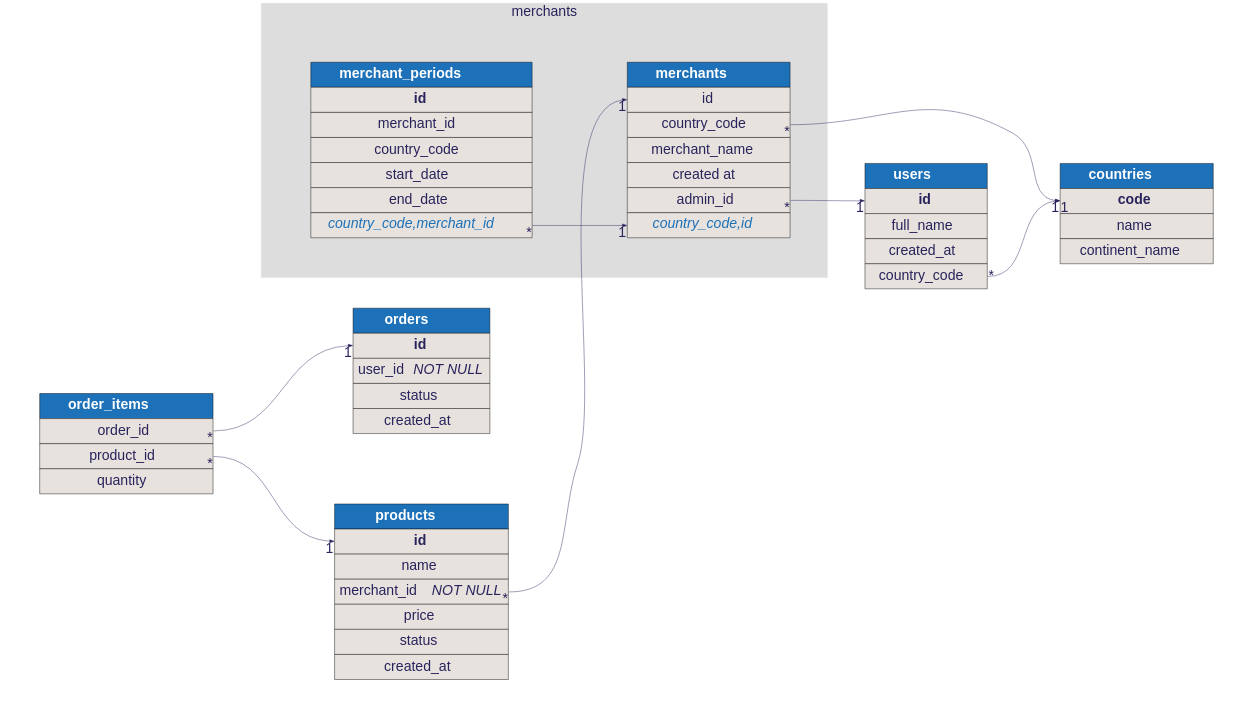
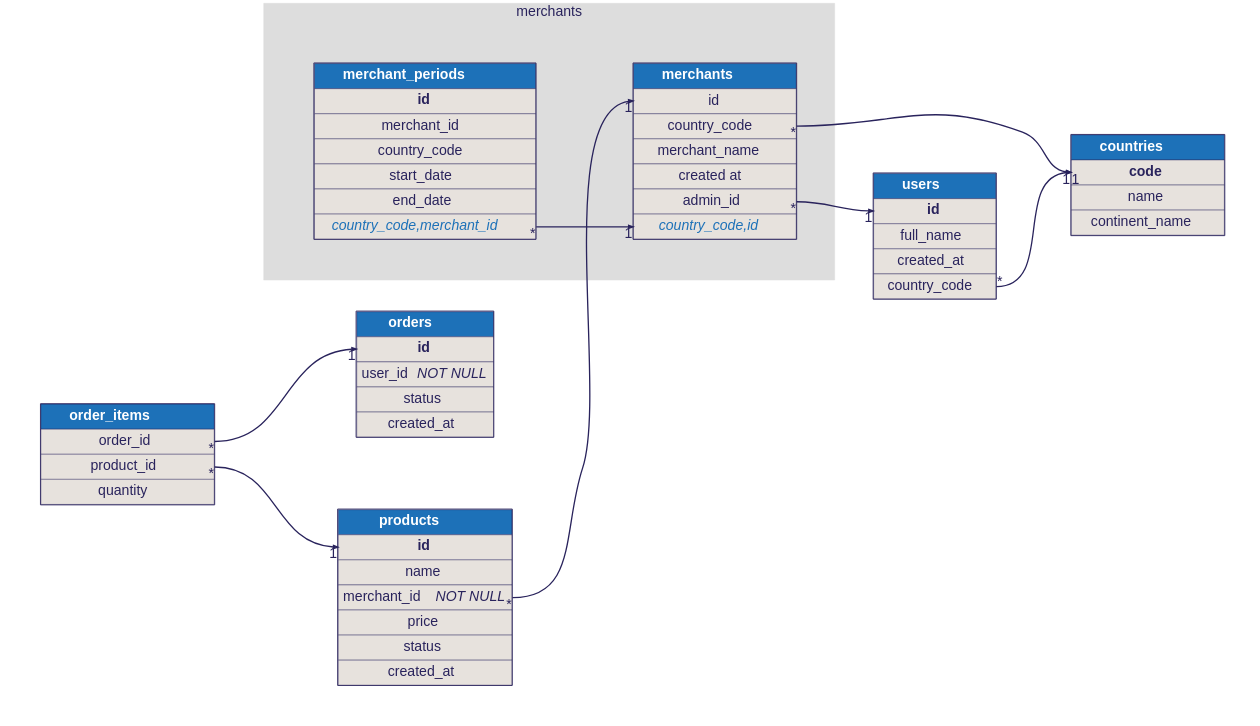
The diagram in examples/merchants.dbml.dot (softwaretechnik-berlin/dbml-renderer), drawn with Graphviz before and after one commit. The commit also changed 12 other files, not shown here.

```diff
--- a/examples/merchants.dbml.dot
+++ b/examples/merchants.dbml.dot
@@ -1,82 +1,89 @@
 digraph dbml {
       rankdir=LR;
       graph [fontname="helvetica", fontsize=32, fontcolor="#29235c", bgcolor="transparent"];
       node [penwidth=0, margin=0, fontname="helvetica", fontsize=32, fontcolor="#29235c"];
       edge [fontname="helvetica", fontsize=32, fontcolor="#29235c", color="#29235c"];
 
       
       subgraph cluster_merchants {
       label = "merchants"
       style=filled;
       color="#dddddd";
 
-      "merchants" [id=merchants;label=<<TABLE BORDER="0" CELLBORDER="1" CELLSPACING="0" CELLPADDING="10" >
+      "merchants" [id=merchants;label=<<TABLE BORDER="2" COLOR="#29235c" CELLBORDER="1" CELLSPACING="0" CELLPADDING="10" >
       <TR><TD PORT="f0" WIDTH="150" BGCOLOR="#1d71b8"><font color="#ffffff"><B>       merchants       </B></font></TD></TR>
 <TR><TD PORT="f1" BGCOLOR="#e7e2dd">id</TD></TR>
 <TR><TD PORT="f2" BGCOLOR="#e7e2dd">country_code</TD></TR>
 <TR><TD PORT="f3" BGCOLOR="#e7e2dd">merchant_name</TD></TR>
 <TR><TD PORT="f4" BGCOLOR="#e7e2dd">created at</TD></TR>
 <TR><TD PORT="f5" BGCOLOR="#e7e2dd">admin_id</TD></TR>
 <TR><TD PORT="f6" BGCOLOR="#e7e2dd"><font color="#1d71b8"><i>country_code,id</i></font></TD></TR>
     </TABLE>>];
-"merchant_periods" [id=merchant_periods;label=<<TABLE BORDER="0" CELLBORDER="1" CELLSPACING="0" CELLPADDING="10" >
+"merchant_periods" [id=merchant_periods;label=<<TABLE BORDER="2" COLOR="#29235c" CELLBORDER="1" CELLSPACING="0" CELLPADDING="10" >
       <TR><TD PORT="f0" WIDTH="150" BGCOLOR="#1d71b8"><font color="#ffffff"><B>       merchant_periods       </B></font></TD></TR>
 <TR><TD PORT="f1" BGCOLOR="#e7e2dd"><b>id</b></TD></TR>
 <TR><TD PORT="f2" BGCOLOR="#e7e2dd">merchant_id</TD></TR>
 <TR><TD PORT="f3" BGCOLOR="#e7e2dd">country_code</TD></TR>
 <TR><TD PORT="f4" BGCOLOR="#e7e2dd">start_date</TD></TR>
 <TR><TD PORT="f5" BGCOLOR="#e7e2dd">end_date</TD></TR>
 <TR><TD PORT="f6" BGCOLOR="#e7e2dd"><font color="#1d71b8"><i>country_code,merchant_id</i></font></TD></TR>
     </TABLE>>];
     }
-      "users" [id=users;label=<<TABLE BORDER="0" CELLBORDER="1" CELLSPACING="0" CELLPADDING="10" >
+      "users" [id=users;label=<<TABLE BORDER="2" COLOR="#29235c" CELLBORDER="1" CELLSPACING="0" CELLPADDING="10" >
       <TR><TD PORT="f0" WIDTH="150" BGCOLOR="#1d71b8"><font color="#ffffff"><B>       users       </B></font></TD></TR>
 <TR><TD PORT="f1" BGCOLOR="#e7e2dd"><b>id</b></TD></TR>
 <TR><TD PORT="f2" BGCOLOR="#e7e2dd">full_name</TD></TR>
 <TR><TD PORT="f3" BGCOLOR="#e7e2dd">created_at</TD></TR>
 <TR><TD PORT="f4" BGCOLOR="#e7e2dd">country_code</TD></TR>
     </TABLE>>];
-"users" [id=users;label=<<TABLE BORDER="0" CELLBORDER="1" CELLSPACING="0" CELLPADDING="10" >
+"users" [id=users;label=<<TABLE BORDER="2" COLOR="#29235c" CELLBORDER="1" CELLSPACING="0" CELLPADDING="10" >
       <TR><TD PORT="f0" WIDTH="150" BGCOLOR="#1d71b8"><font color="#ffffff"><B>       users       </B></font></TD></TR>
 <TR><TD PORT="f1" BGCOLOR="#e7e2dd"><b>id</b></TD></TR>
 <TR><TD PORT="f2" BGCOLOR="#e7e2dd">full_name</TD></TR>
 <TR><TD PORT="f3" BGCOLOR="#e7e2dd">created_at</TD></TR>
 <TR><TD PORT="f4" BGCOLOR="#e7e2dd">country_code</TD></TR>
     </TABLE>>];
-"countries" [id=countries;label=<<TABLE BORDER="0" CELLBORDER="1" CELLSPACING="0" CELLPADDING="10" >
+"countries" [id=countries;label=<<TABLE BORDER="2" COLOR="#29235c" CELLBORDER="1" CELLSPACING="0" CELLPADDING="10" >
       <TR><TD PORT="f0" WIDTH="150" BGCOLOR="#1d71b8"><font color="#ffffff"><B>       countries       </B></font></TD></TR>
 <TR><TD PORT="f1" BGCOLOR="#e7e2dd"><b>code</b></TD></TR>
 <TR><TD PORT="f2" BGCOLOR="#e7e2dd">name</TD></TR>
 <TR><TD PORT="f3" BGCOLOR="#e7e2dd">continent_name</TD></TR>
     </TABLE>>];
-"order_items" [id=order_items;label=<<TABLE BORDER="0" CELLBORDER="1" CELLSPACING="0" CELLPADDING="10" >
+"order_items" [id=order_items;label=<<TABLE BORDER="2" COLOR="#29235c" CELLBORDER="1" CELLSPACING="0" CELLPADDING="10" >
       <TR><TD PORT="f0" WIDTH="150" BGCOLOR="#1d71b8"><font color="#ffffff"><B>       order_items       </B></font></TD></TR>
 <TR><TD PORT="f1" BGCOLOR="#e7e2dd">order_id</TD></TR>
 <TR><TD PORT="f2" BGCOLOR="#e7e2dd">product_id</TD></TR>
 <TR><TD PORT="f3" BGCOLOR="#e7e2dd">quantity</TD></TR>
     </TABLE>>];
-"orders" [id=orders;label=<<TABLE BORDER="0" CELLBORDER="1" CELLSPACING="0" CELLPADDING="10" >
+"orders" [id=orders;label=<<TABLE BORDER="2" COLOR="#29235c" CELLBORDER="1" CELLSPACING="0" CELLPADDING="10" >
       <TR><TD PORT="f0" WIDTH="150" BGCOLOR="#1d71b8"><font color="#ffffff"><B>       orders       </B></font></TD></TR>
 <TR><TD PORT="f1" BGCOLOR="#e7e2dd"><b>id</b></TD></TR>
 <TR><TD PORT="f2" BGCOLOR="#e7e2dd">user_id <i>NOT NULL</i></TD></TR>
 <TR><TD PORT="f3" BGCOLOR="#e7e2dd">status</TD></TR>
 <TR><TD PORT="f4" BGCOLOR="#e7e2dd">created_at</TD></TR>
     </TABLE>>];
-"products" [id=products;label=<<TABLE BORDER="0" CELLBORDER="1" CELLSPACING="0" CELLPADDING="10" >
+"products" [id=products;label=<<TABLE BORDER="2" COLOR="#29235c" CELLBORDER="1" CELLSPACING="0" CELLPADDING="10" >
       <TR><TD PORT="f0" WIDTH="150" BGCOLOR="#1d71b8"><font color="#ffffff"><B>       products       </B></font></TD></TR>
 <TR><TD PORT="f1" BGCOLOR="#e7e2dd"><b>id</b></TD></TR>
 <TR><TD PORT="f2" BGCOLOR="#e7e2dd">name</TD></TR>
 <TR><TD PORT="f3" BGCOLOR="#e7e2dd">merchant_id <i>NOT NULL</i></TD></TR>
 <TR><TD PORT="f4" BGCOLOR="#e7e2dd">price</TD></TR>
 <TR><TD PORT="f5" BGCOLOR="#e7e2dd">status</TD></TR>
 <TR><TD PORT="f6" BGCOLOR="#e7e2dd">created_at</TD></TR>
     </TABLE>>];
     
-      users:f4:e -> countries:f1:w [headlabel="1", taillabel="*", arrowhead="normal", arrowtail="none"]
-merchants:f2:e -> countries:f1:w [headlabel="1", taillabel="*", arrowhead="normal", arrowtail="none"]
-order_items:f2:e -> products:f1:w [headlabel="1", taillabel="*", arrowhead="normal", arrowtail="none"]
-products:f3:e -> merchants:f1:w [headlabel="1", taillabel="*", arrowhead="normal", arrowtail="none"]
-merchant_periods:f6:e -> merchants:f6:w [headlabel="1", taillabel="*", arrowhead="normal", arrowtail="none"]
-order_items:f1:e -> orders:f1:w [headlabel="1", taillabel="*", arrowhead="normal", arrowtail="none"]
-merchants:f5:e -> users:f1:w [headlabel="1", taillabel="*", arrowhead="normal", arrowtail="none"]
+      users:0 -> countries:0 [style=invis, weight=100, color=red]
+    users:f4:e -> countries:f1:w [penwidth=3, color="#29235c", headlabel="1", taillabel="*", arrowhead="normal", arrowtail="none"]
+merchants:0 -> countries:0 [style=invis, weight=100, color=red]
+    merchants:f2:e -> countries:f1:w [penwidth=3, color="#29235c", headlabel="1", taillabel="*", arrowhead="normal", arrowtail="none"]
+order_items:0 -> products:0 [style=invis, weight=100, color=red]
+    order_items:f2:e -> products:f1:w [penwidth=3, color="#29235c", headlabel="1", taillabel="*", arrowhead="normal", arrowtail="none"]
+products:0 -> merchants:0 [style=invis, weight=100, color=red]
+    products:f3:e -> merchants:f1:w [penwidth=3, color="#29235c", headlabel="1", taillabel="*", arrowhead="normal", arrowtail="none"]
+merchant_periods:0 -> merchants:0 [style=invis, weight=100, color=red]
+    merchant_periods:f6:e -> merchants:f6:w [penwidth=3, color="#29235c", headlabel="1", taillabel="*", arrowhead="normal", arrowtail="none"]
+order_items:0 -> orders:0 [style=invis, weight=100, color=red]
+    order_items:f1:e -> orders:f1:w [penwidth=3, color="#29235c", headlabel="1", taillabel="*", arrowhead="normal", arrowtail="none"]
+merchants:0 -> users:0 [style=invis, weight=100, color=red]
+    merchants:f5:e -> users:f1:w [penwidth=3, color="#29235c", headlabel="1", taillabel="*", arrowhead="normal", arrowtail="none"]
     }
```
